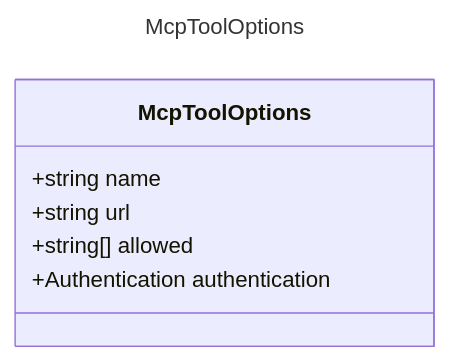
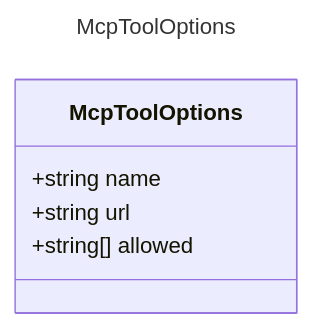
Before and after one commit to microsoft/prompty: the diagram in specification/prompty/docs/McpToolOptions.md, drawn with Mermaid. The commit also changed other lines of this file and 30 other files, not shown here.

````diff
--- a/specification/prompty/docs/McpToolOptions.md
+++ b/specification/prompty/docs/McpToolOptions.md
@@ -7,12 +7,11 @@
 ```mermaid
 ---
 title: McpToolOptions
 ---
 classDiagram
     class McpToolOptions {
         +string name
         +string url
         +string[] allowed
-        +Authentication authentication
     }
 ```
````
